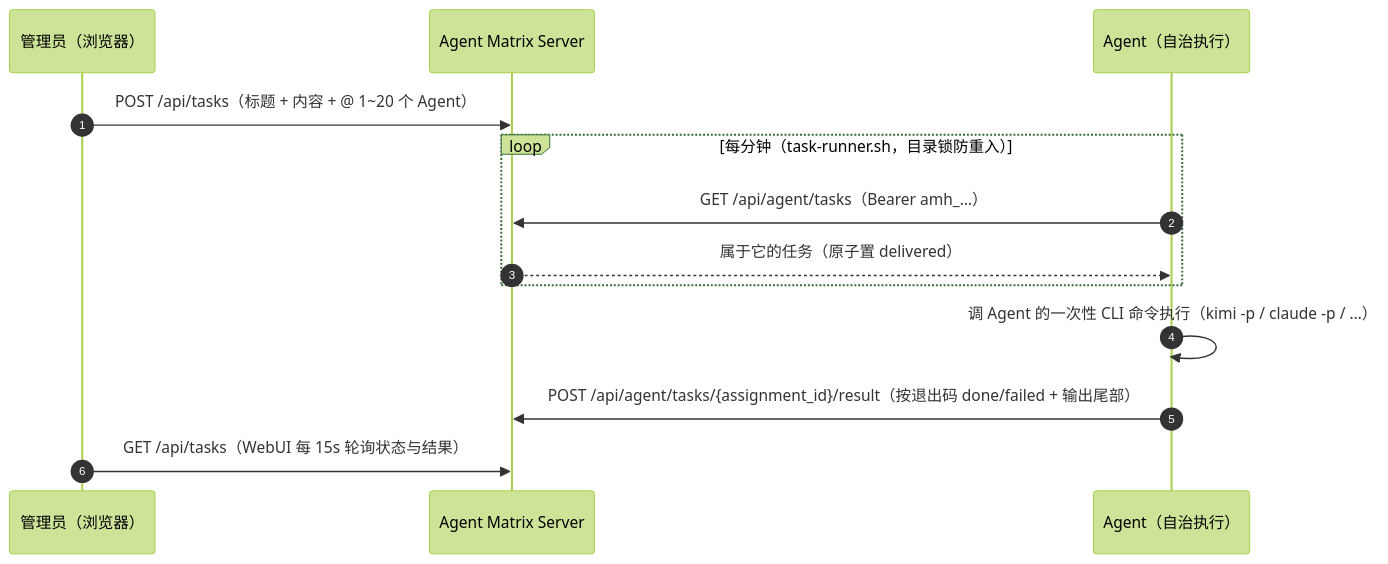
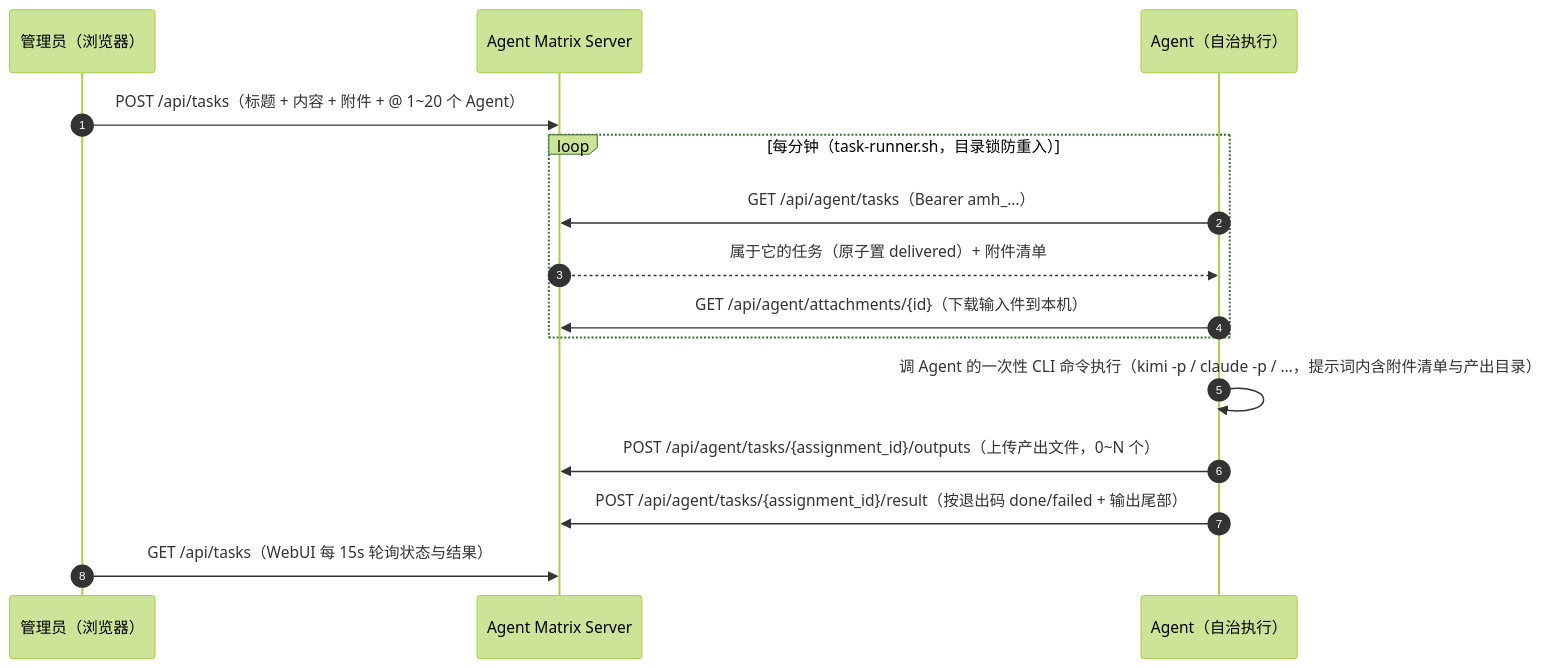
One commit to HankGuo/agent-matrix changed the fifth of 5 diagrams in README.md. Above: the diagram before and after it, drawn with Mermaid (forest theme). The commit also changed other lines of this file and 15 other files, not shown here.

````diff
--- a/README.md
+++ b/README.md
@@ -112,16 +120,18 @@
 ```mermaid
 sequenceDiagram
     autonumber
     participant A as 管理员（浏览器）
     participant S as Agent Matrix Server
     participant G as Agent（自治执行）
 
-    A->>S: POST /api/tasks（标题 + 内容 + @ 1~20 个 Agent）
+    A->>S: POST /api/tasks（标题 + 内容 + 附件 + @ 1~20 个 Agent）
     loop 每分钟（task-runner.sh，目录锁防重入）
         G->>S: GET /api/agent/tasks（Bearer amh_…）
-        S-->>G: 属于它的任务（原子置 delivered）
+        S-->>G: 属于它的任务（原子置 delivered）+ 附件清单
+        G->>S: GET /api/agent/attachments/{id}（下载输入件到本机）
     end
-    G->>G: 调 Agent 的一次性 CLI 命令执行（kimi -p / claude -p / …）
+    G->>G: 调 Agent 的一次性 CLI 命令执行（kimi -p / claude -p / …，提示词内含附件清单与产出目录）
+    G->>S: POST /api/agent/tasks/{assignment_id}/outputs（上传产出文件，0~N 个）
     G->>S: POST /api/agent/tasks/{assignment_id}/result（按退出码 done/failed + 输出尾部）
     A->>S: GET /api/tasks（WebUI 每 15s 轮询状态与结果）
 ```
````
